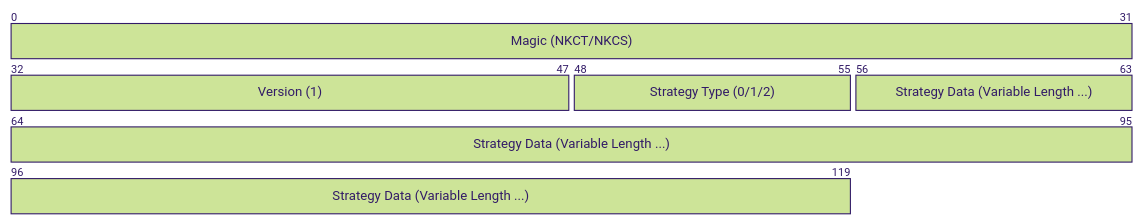
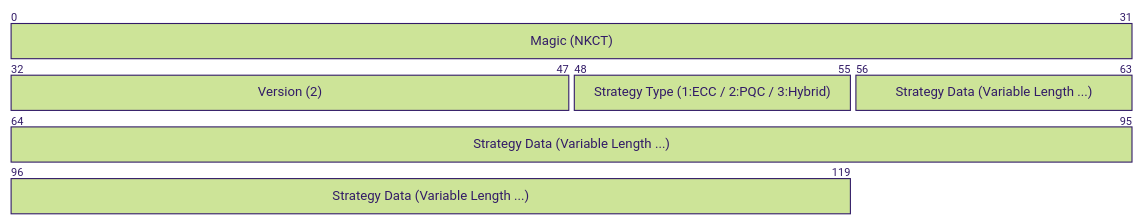
One commit to nkoriyama/nkCryptoTool-rust changed the first of 2 diagrams in README.md. Above: the diagram before and after it, drawn with Mermaid (forest theme). The commit also changed other lines of this file, not shown here.

Commit message:
docs: fix header version inconsistency in README (v1 -> v2)

````diff
--- a/README.md
+++ b/README.md
@@ -141,7 +143,7 @@
 ```mermaid
 packet-beta
-0-31: "Magic (NKCT/NKCS)"
-32-47: "Version (1)"
-48-55: "Strategy Type (0/1/2)"
+0-31: "Magic (NKCT)"
+32-47: "Version (2)"
+48-55: "Strategy Type (1:ECC / 2:PQC / 3:Hybrid)"
 56-119: "Strategy Data (Variable Length ...)"
 ```
````
